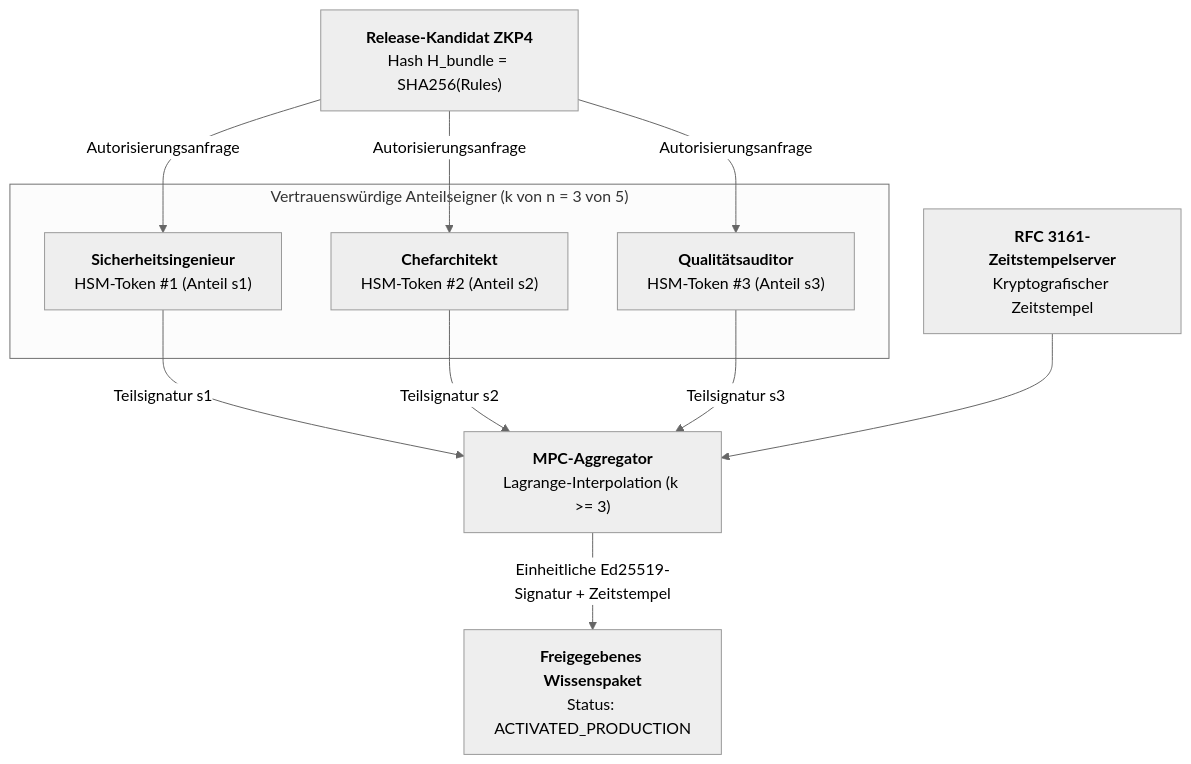
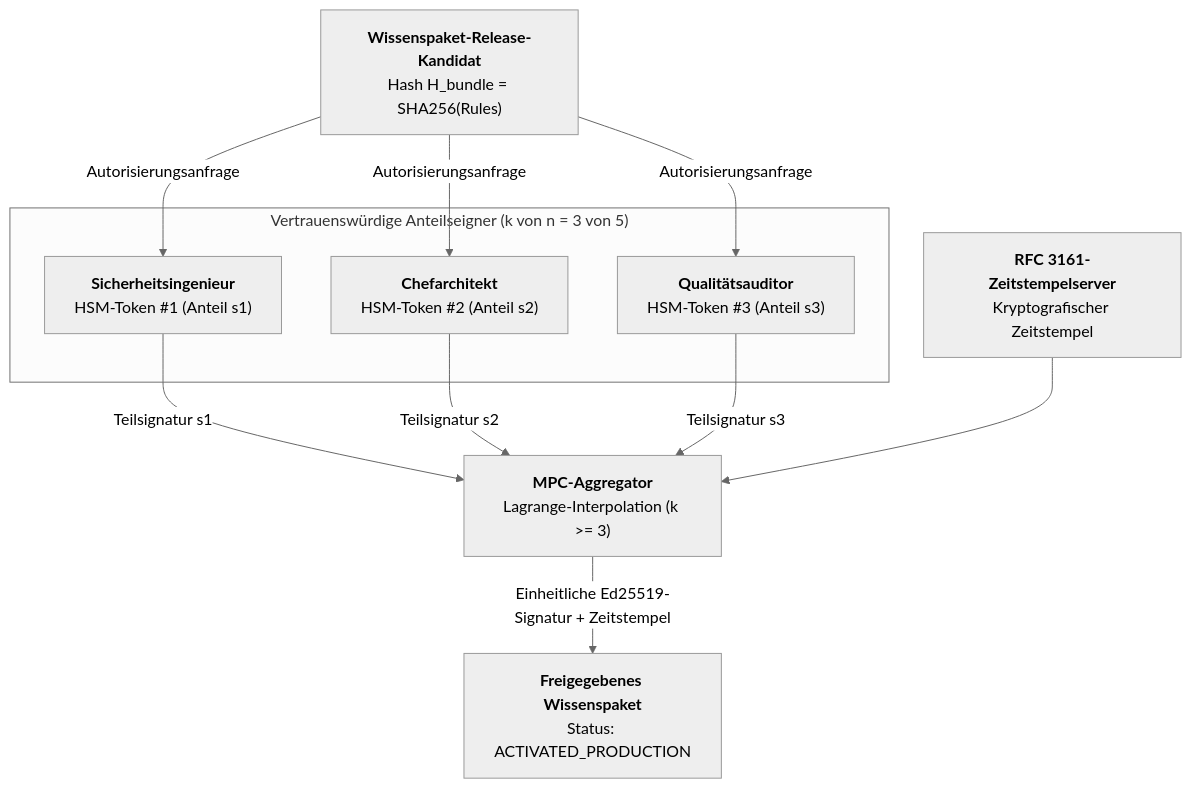
One commit to nick-fedchik/articles changed the fifth of 5 diagrams in ExpertSystem/translations/de/ch05-triad-of-trust-and-corporate-memory.md. Above: the diagram before and after it, drawn with Mermaid (neutral theme). The commit also changed other lines of this file and 11 other files, not shown here.

````diff
--- a/ExpertSystem/translations/de/ch05-triad-of-trust-and-corporate-memory.md
+++ b/ExpertSystem/translations/de/ch05-triad-of-trust-and-corporate-memory.md
@@ -503,25 +503,25 @@
 ```mermaid
 flowchart TD
     accTitle: Schwellenwert-Autorisierung und Konsortiumssignatur von Wissensbasis-Updates
     accDescr: Schema einer k-of-n-Schwellenwert-Konsortiumssignatur unter Verwendung hardwarebasierter HSMs und des Shamir-Geheimnisteilungsverfahrens zur Aktivierung von Wissensbasis-Updates.
 
     subgraph STAKEHOLDERS["Vertrauenswürdige Anteilseigner (k von n = 3 von 5)"]
         S1["<b>Sicherheitsingenieur</b><br/>HSM-Token #1 (Anteil s1)"]
         S2["<b>Chefarchitekt</b><br/>HSM-Token #2 (Anteil s2)"]
         S3["<b>Qualitätsauditor</b><br/>HSM-Token #3 (Anteil s3)"]
     end
 
-    BUNDLE["<b>Release-Kandidat ZKP4</b><br/>Hash H_bundle = SHA256(Rules)"]
+    BUNDLE["<b>Wissenspaket-Release-Kandidat</b><br/>Hash H_bundle = SHA256(Rules)"]
     
     BUNDLE -->|Autorisierungsanfrage| S1
     BUNDLE -->|Autorisierungsanfrage| S2
     BUNDLE -->|Autorisierungsanfrage| S3
 
     S1 -->|Teilsignatur s1| COLLECTOR["<b>MPC-Aggregator</b><br/>Lagrange-Interpolation (k >= 3)"]
     S2 -->|Teilsignatur s2| COLLECTOR
     S3 -->|Teilsignatur s3| COLLECTOR
 
     TSA["<b>RFC 3161-Zeitstempelserver</b><br/>Kryptografischer Zeitstempel"] --> COLLECTOR
 
     COLLECTOR -->|Einheitliche Ed25519-Signatur + Zeitstempel| RELEASE["<b>Freigegebenes Wissenspaket</b><br/>Status: ACTIVATED_PRODUCTION"]
 ```
````
